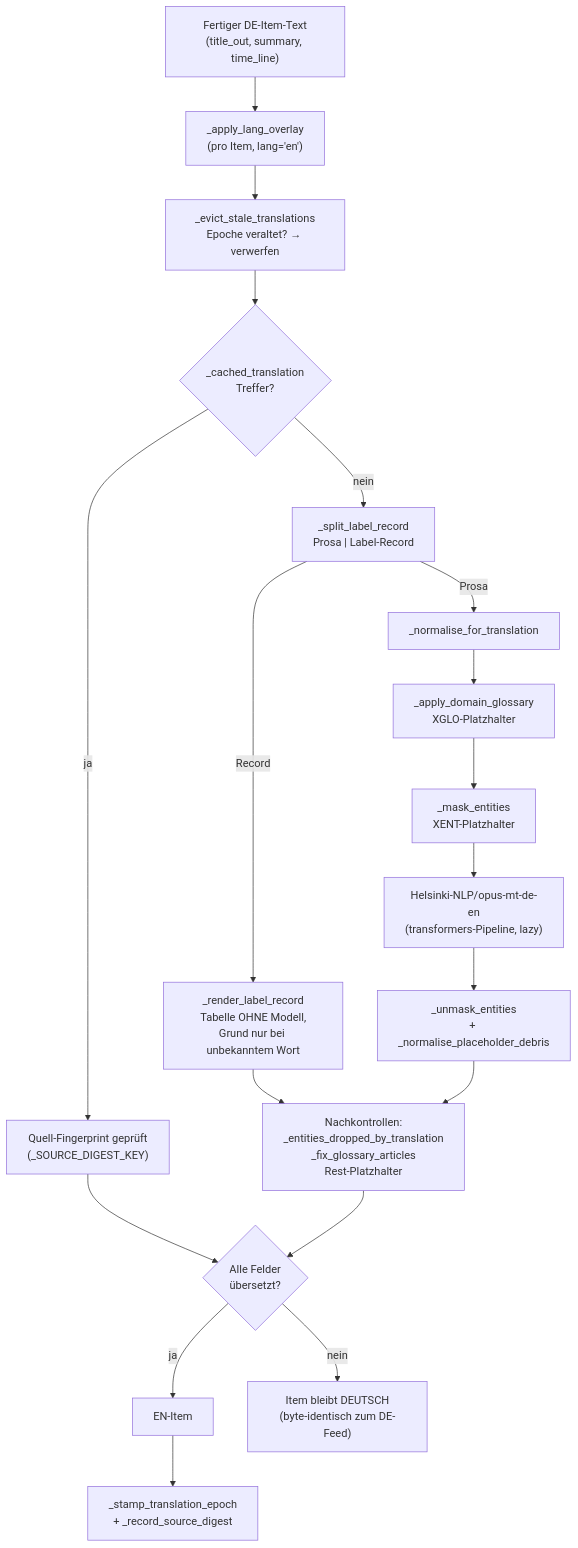
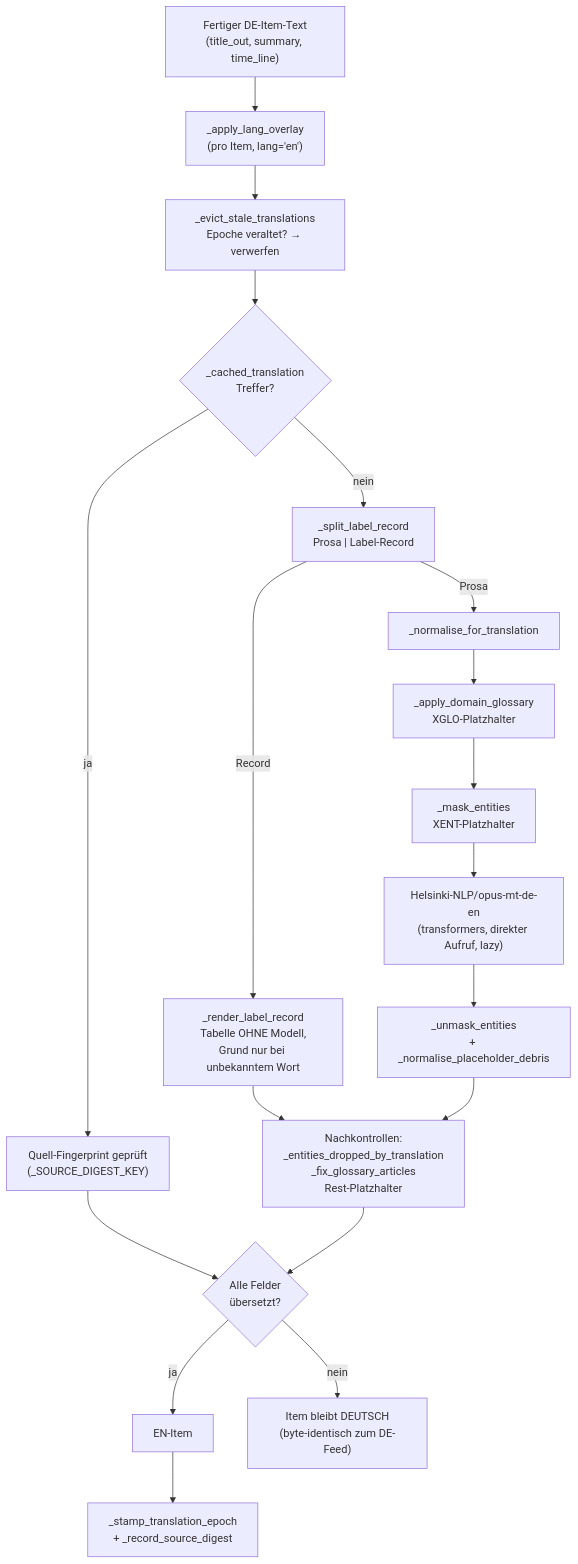
One commit to Origamihase/wien-oepnv changed the seventh of 7 diagrams in docs/architecture.md. Above: the diagram before and after it, drawn with Mermaid. The commit also changed other lines of this file and 13 other files, not shown here.

````diff
--- a/docs/architecture.md
+++ b/docs/architecture.md
@@ -3101,29 +3101,29 @@
 ```mermaid
 flowchart TD
     DE["Fertiger DE-Item-Text<br/>(title_out, summary, time_line)"]
     Overlay["_apply_lang_overlay<br/>(pro Item, lang='en')"]
     Evict["_evict_stale_translations<br/>Epoche veraltet? → verwerfen"]
     Cache{"_cached_translation<br/>Treffer?"}
     Digest["Quell-Fingerprint geprüft<br/>(_SOURCE_DIGEST_KEY)"]
     Split["_split_label_record<br/>Prosa | Label-Record"]
     Record["_render_label_record<br/>Tabelle OHNE Modell,<br/>Grund nur bei unbekanntem Wort"]
     Norm["_normalise_for_translation"]
     Glo["_apply_domain_glossary<br/>XGLO-Platzhalter"]
     Mask["_mask_entities<br/>XENT-Platzhalter"]
-    Marian["Helsinki-NLP/opus-mt-de-en<br/>(transformers-Pipeline, lazy)"]
+    Marian["Helsinki-NLP/opus-mt-de-en<br/>(transformers, direkter Aufruf, lazy)"]
     Unmask["_unmask_entities<br/>+ _normalise_placeholder_debris"]
     Guards["Nachkontrollen:<br/>_entities_dropped_by_translation<br/>_fix_glossary_articles<br/>Rest-Platzhalter"]
     OK{"Alle Felder<br/>übersetzt?"}
     EN["EN-Item"]
     Fallback["Item bleibt DEUTSCH<br/>(byte-identisch zum DE-Feed)"]
     Stamp["_stamp_translation_epoch<br/>+ _record_source_digest"]
 
     DE --> Overlay --> Evict --> Cache
     Cache -- ja --> Digest --> OK
     Cache -- nein --> Split
     Split -- Record --> Record --> Guards
     Split -- Prosa --> Norm --> Glo --> Mask --> Marian --> Unmask --> Guards
     Guards --> OK
     OK -- ja --> EN --> Stamp
     OK -- nein --> Fallback
 ```
````
